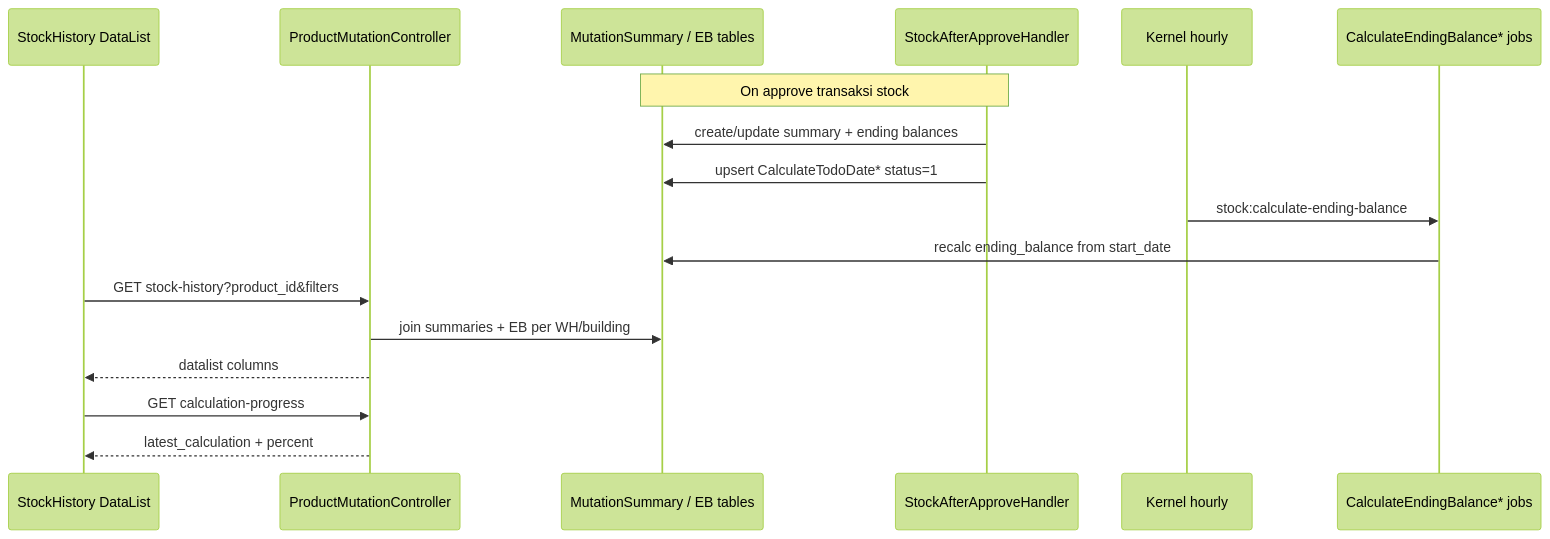
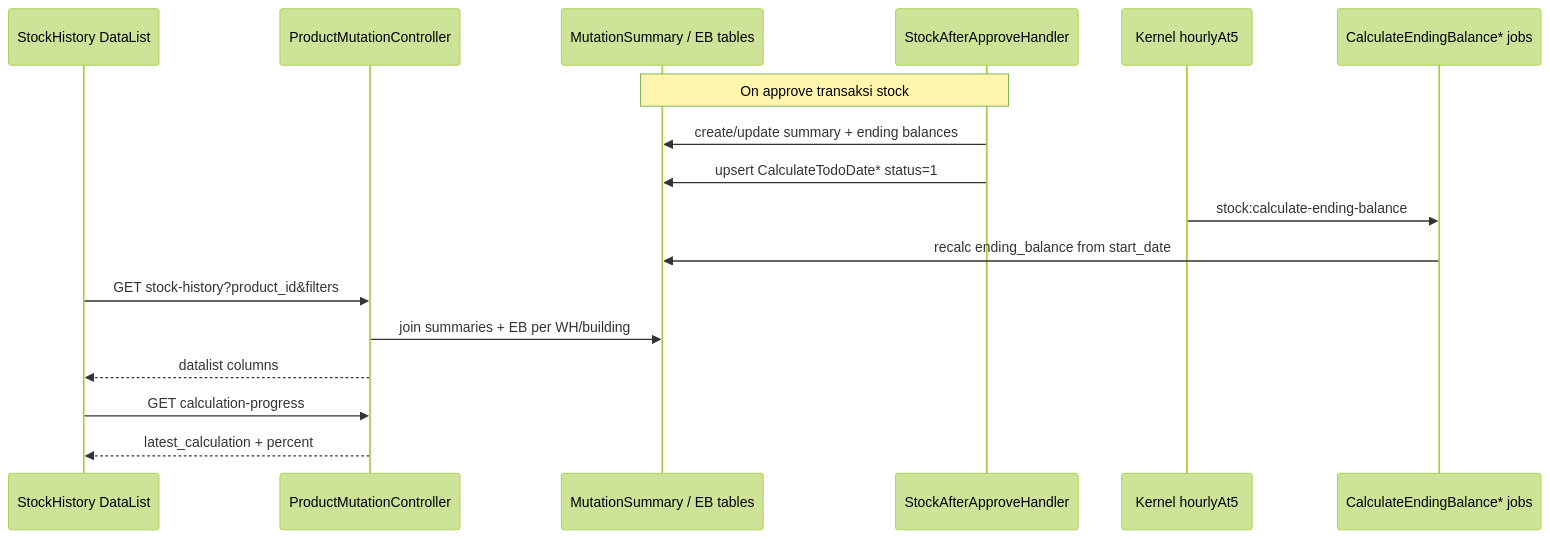
The diagram in qa-docs/supplychain-product-mutation-stock/technical.md (yendyr/olshoperp-docs), drawn with Mermaid (forest theme) before and after one commit. The commit also changed other lines of this file and 27 other files, not shown here.

````diff
--- a/qa-docs/supplychain-product-mutation-stock/technical.md
+++ b/qa-docs/supplychain-product-mutation-stock/technical.md
@@ -143,23 +143,23 @@
 ```mermaid
 sequenceDiagram
     participant FE as StockHistory DataList
     participant API as ProductMutationController
     participant MS as MutationSummary / EB tables
     participant H as StockAfterApproveHandler
-    participant SCH as Kernel hourly
+    participant SCH as Kernel hourlyAt5
     participant J as CalculateEndingBalance* jobs
 
     Note over H,MS: On approve transaksi stock
     H->>MS: create/update summary + ending balances
     H->>MS: upsert CalculateTodoDate* status=1
 
     SCH->>J: stock:calculate-ending-balance
     J->>MS: recalc ending_balance from start_date
 
     FE->>API: GET stock-history?product_id&filters
     API->>MS: join summaries + EB per WH/building
     API-->>FE: datalist columns
 
     FE->>API: GET calculation-progress
     API-->>FE: latest_calculation + percent
 ```
````
